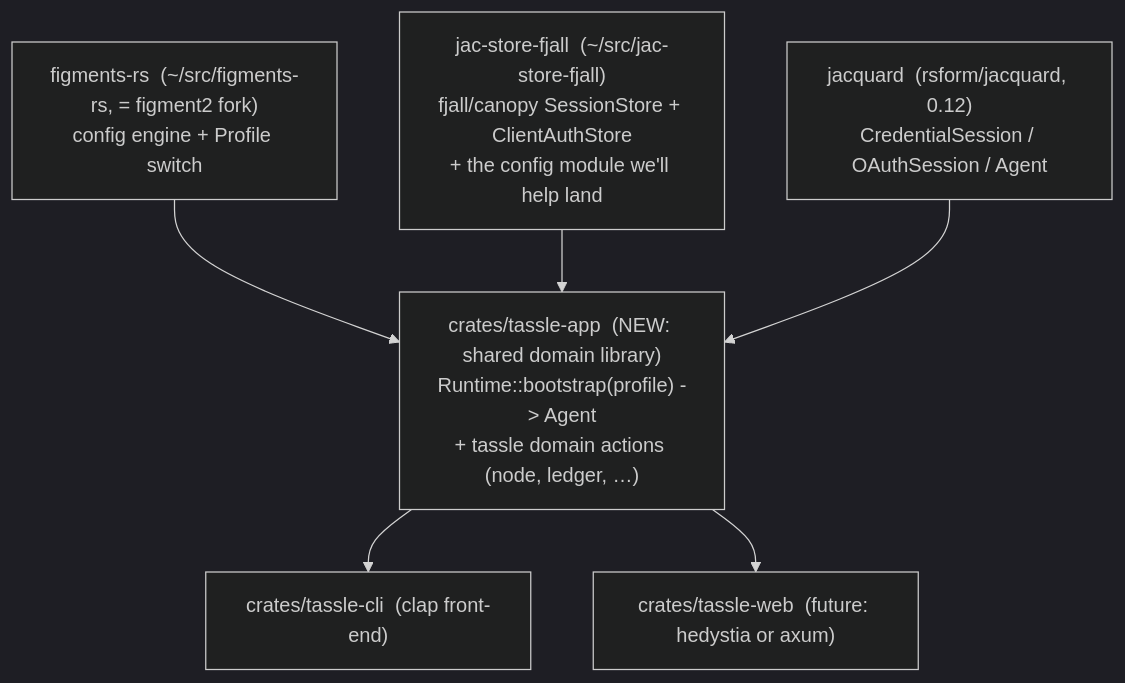
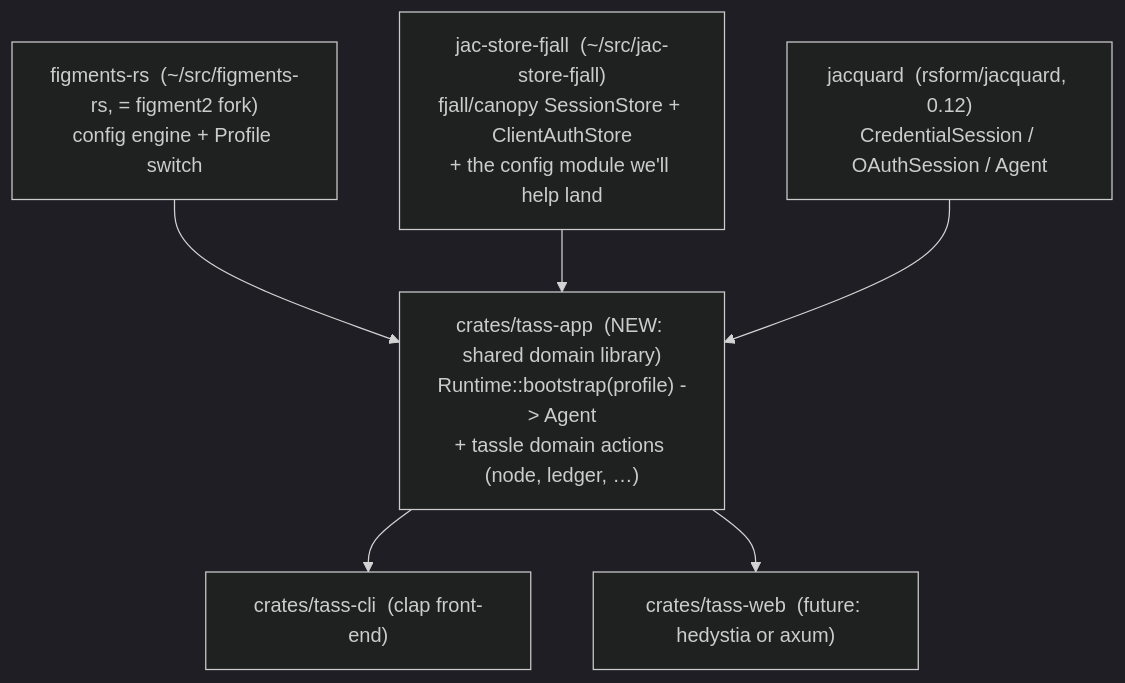
One commit to rektide/tassle changed the diagram in doc/auth-design.md. Above: the diagram before and after it, drawn with Mermaid (dark theme). The commit also changed other lines of this file and 13 other files, not shown here.

First line of the commit message:
docs: rename tassle-* references to tass-* in README and doc/

````diff
--- a/doc/auth-design.md
+++ b/doc/auth-design.md
@@ -34,14 +34,14 @@
 ```mermaid
 flowchart TD
     FIG["figments-rs  (~/src/figments-rs, = figment2 fork)<br/>config engine + Profile switch"]
     JACSTORE["jac-store-fjall  (~/src/jac-store-fjall)<br/>fjall/canopy SessionStore + ClientAuthStore<br/>+ the config module we'll help land"]
     JAC["jacquard  (rsform/jacquard, 0.12)<br/>CredentialSession / OAuthSession / Agent"]
-    APP["crates/tassle-app  (NEW: shared domain library)<br/>Runtime::bootstrap(profile) -> Agent<br/>+ tassle domain actions (node, ledger, …)"]
-    CLI["crates/tassle-cli  (clap front-end)"]
-    WEB["crates/tassle-web  (future: hedystia or axum)"]
+    APP["crates/tass-app  (NEW: shared domain library)<br/>Runtime::bootstrap(profile) -> Agent<br/>+ tassle domain actions (node, ledger, …)"]
+    CLI["crates/tass-cli  (clap front-end)"]
+    WEB["crates/tass-web  (future: hedystia or axum)"]
     FIG --> APP
     JACSTORE --> APP
     JAC --> APP
     APP --> CLI
     APP --> WEB
 ```
````
